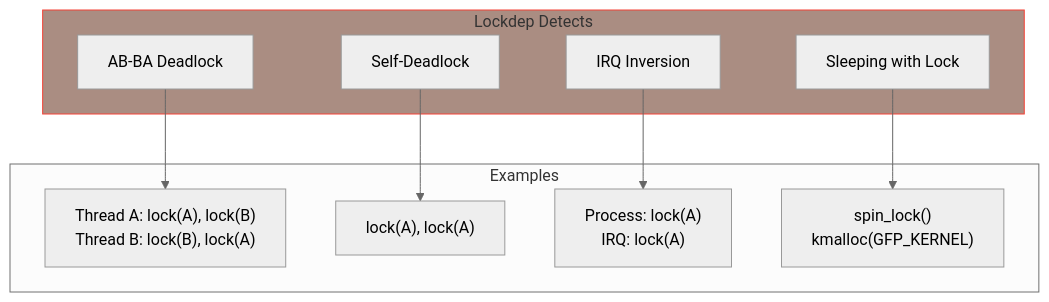
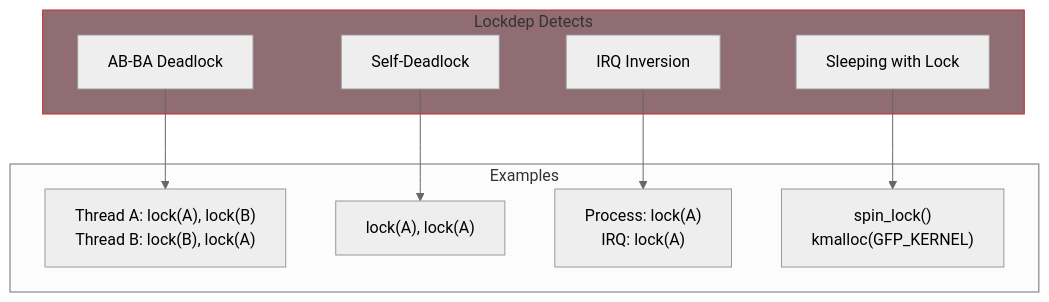
The diagram in part4/09-lockdep.md (MichaelTien8901/linux-driver-guide-tutorial), drawn with Mermaid (neutral theme) before and after one commit. The commit also changed 36 other files, not shown here.

Commit message:
Fix mermaid diagram colors to use consistent paper-like theme

````diff
--- a/part4/09-lockdep.md
+++ b/part4/09-lockdep.md
@@ -14,23 +14,23 @@
 ```mermaid
 flowchart TD
     subgraph Detects["Lockdep Detects"]
         AB["AB-BA Deadlock"]
         Self["Self-Deadlock"]
         IRQ["IRQ Inversion"]
         Held["Sleeping with Lock"]
     end
 
     subgraph Examples["Examples"]
         E1["Thread A: lock(A), lock(B)<br/>Thread B: lock(B), lock(A)"]
         E2["lock(A), lock(A)"]
         E3["Process: lock(A)<br/>IRQ: lock(A)"]
         E4["spin_lock()<br/>kmalloc(GFP_KERNEL)"]
     end
 
     AB --> E1
     Self --> E2
     IRQ --> E3
     Held --> E4
 
-    style Detects fill:#AA8d82,stroke:#f44336
+    style Detects fill:#8f6d72,stroke:#c62828
 ```
````
